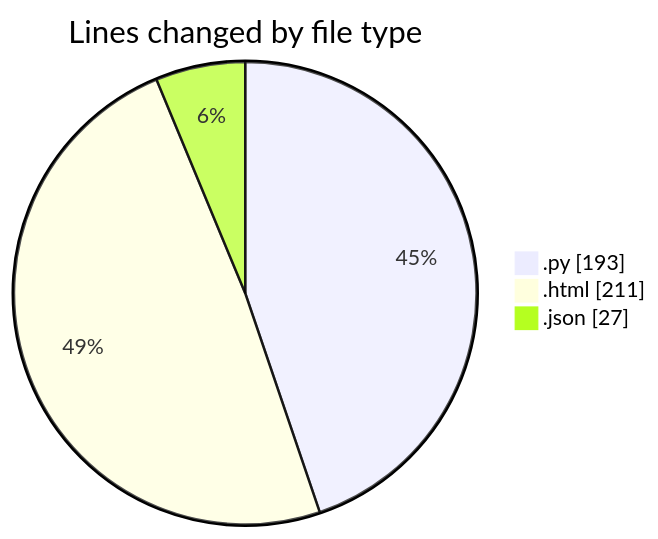
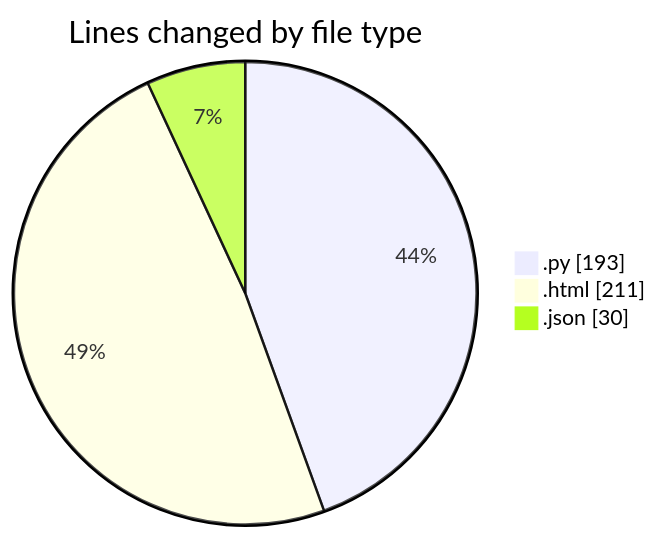
The first of 2 diagrams in 2025-07-12/cursor/README.md (FelipKnott/code-tracking), drawn with Mermaid before and after one commit. The commit also changed other lines of this file and 1 other file, not shown here.

````diff
--- a/2025-07-12/cursor/README.md
+++ b/2025-07-12/cursor/README.md
@@ -22,7 +22,7 @@
 ```mermaid
 pie showData
 title Lines changed by file type
 ".py" : 193
 ".html" : 211
-".json" : 27
+".json" : 30
 ```
````
